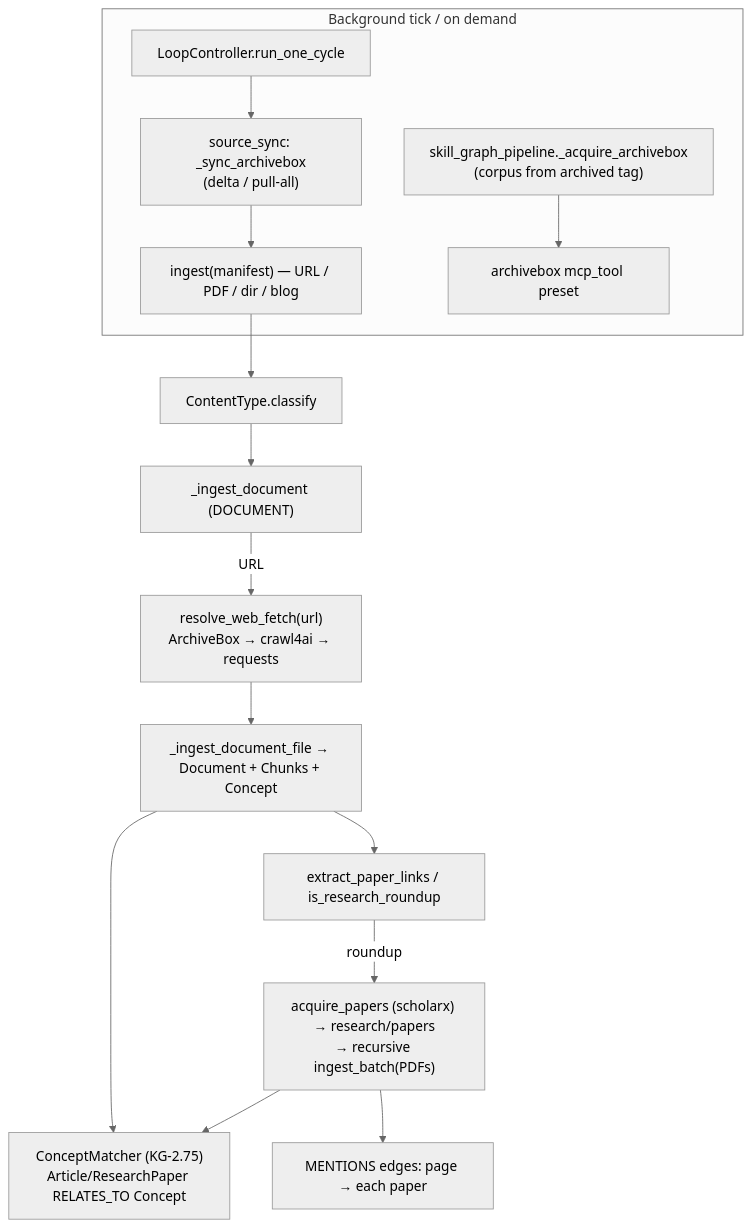
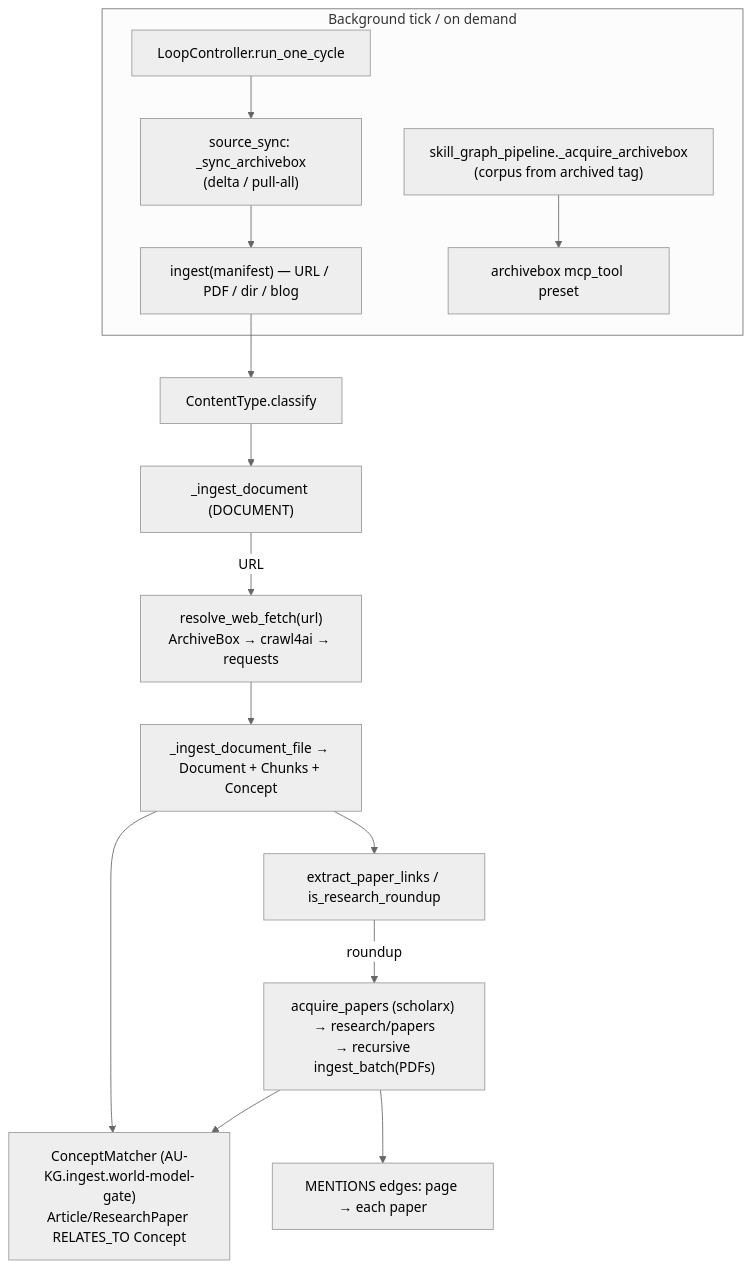
Before and after one commit to Knuckles-Team/agent-utilities: the diagram in docs/architecture/content-aware-ingestion.md, drawn with Mermaid (neutral theme). The commit also changed other lines of this file and 2324 other files, not shown here.

````diff
--- a/docs/architecture/content-aware-ingestion.md
+++ b/docs/architecture/content-aware-ingestion.md
@@ -44,17 +44,17 @@
 ```mermaid
 flowchart TB
   In["ingest(manifest) — URL / PDF / dir / blog"] --> CT["ContentType.classify"]
   CT --> Doc["_ingest_document (DOCUMENT)"]
   Doc -->|URL| Fetch["resolve_web_fetch(url)\nArchiveBox → crawl4ai → requests"]
   Fetch --> Unit["_ingest_document_file → Document + Chunks + Concept"]
   Unit --> Profile["extract_paper_links / is_research_roundup"]
   Profile -->|roundup| Papers["acquire_papers (scholarx) → research/papers\n→ recursive ingest_batch(PDFs)"]
-  Papers --> Match["ConceptMatcher (KG-2.75)\nArticle/ResearchPaper RELATES_TO Concept"]
+  Papers --> Match["ConceptMatcher (AU-KG.ingest.world-model-gate)\nArticle/ResearchPaper RELATES_TO Concept"]
   Papers --> Link["MENTIONS edges: page → each paper"]
   Unit --> Match
   subgraph Background tick / on demand
     Loop["LoopController.run_one_cycle"] --> ABsync["source_sync: _sync_archivebox\n(delta / pull-all)"]
     ABsync --> In
     SkillGraph["skill_graph_pipeline._acquire_archivebox\n(corpus from archived tag)"] --> ABpreset["archivebox mcp_tool preset"]
   end
 ```
````
